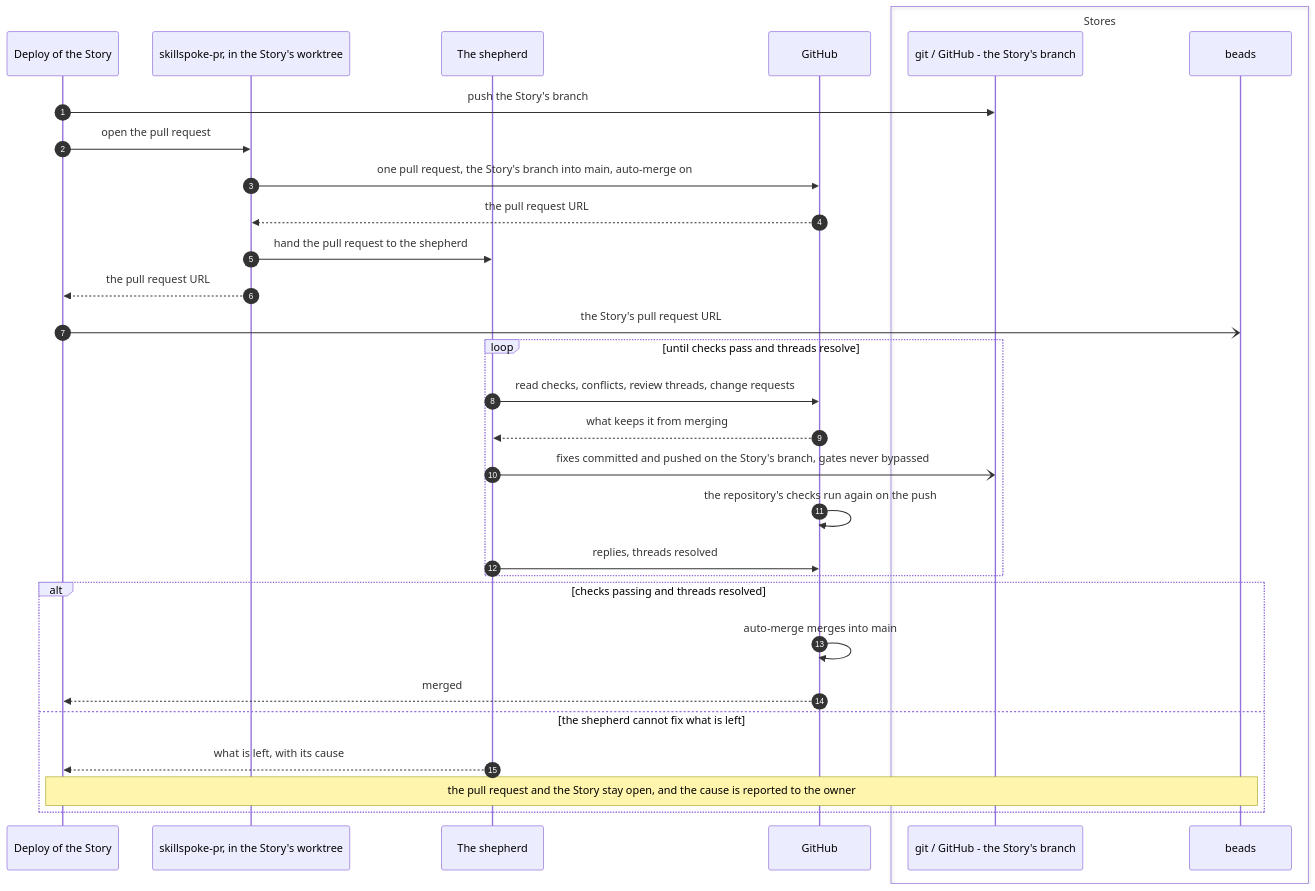
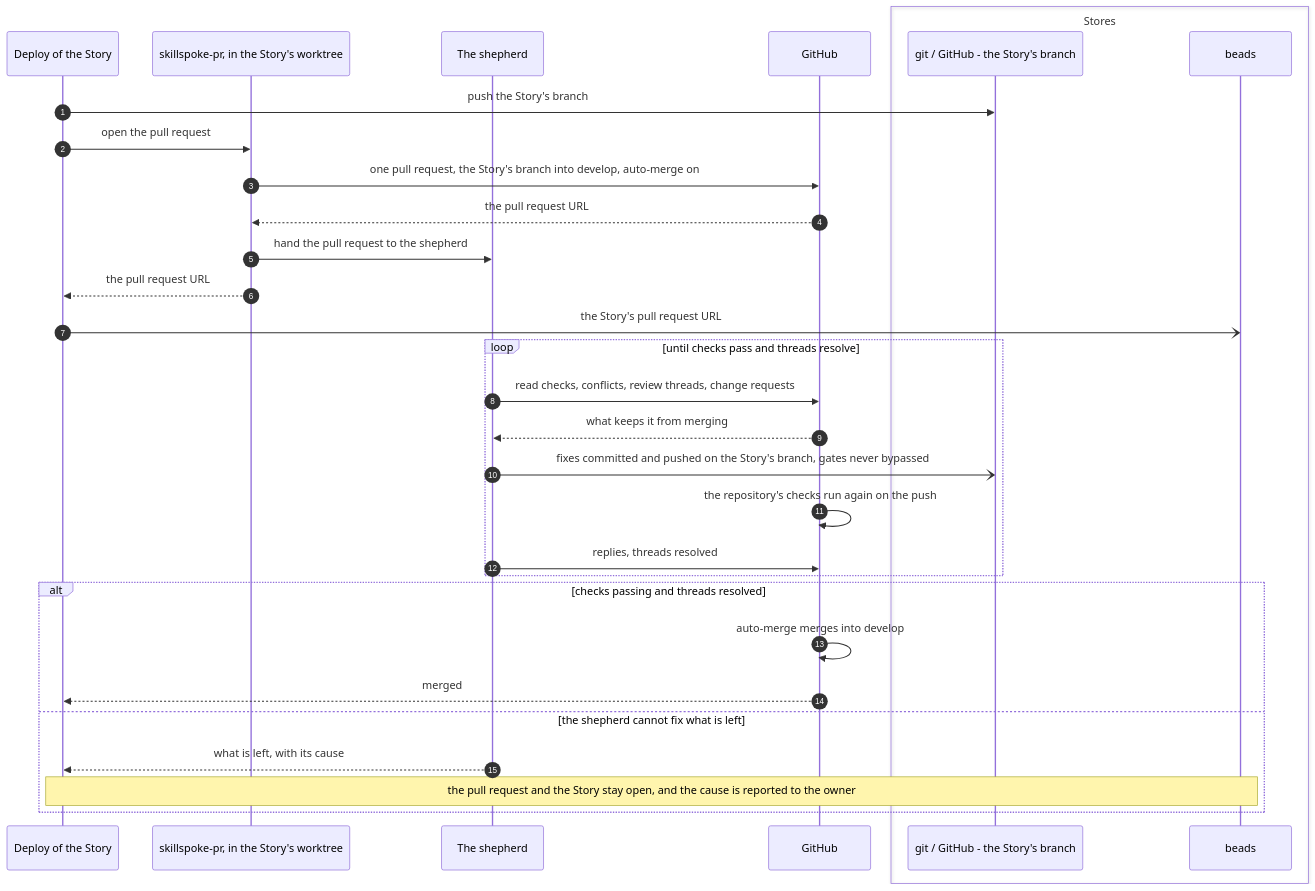
The sixth of 9 diagrams in plugins/agent-teams-workforce/blueprint/design/pipelines-deploy.md (mark-satterfield/toolset), drawn with Mermaid before and after one commit. The commit also changed other lines of this file and 18 other files, not shown here.

````diff
--- a/plugins/agent-teams-workforce/blueprint/design/pipelines-deploy.md
+++ b/plugins/agent-teams-workforce/blueprint/design/pipelines-deploy.md
@@ -434,34 +388,34 @@
 ```mermaid
 sequenceDiagram
     autonumber
     participant DW as Deploy of the Story
     participant PRC as skillspoke-pr, in the Story's worktree
     participant SH as The shepherd
     participant GH as GitHub
     box Stores
         participant G as git / GitHub - the Story's branch
         participant BD as beads
     end
 
     DW->>G: push the Story's branch
     DW->>PRC: open the pull request
-    PRC->>GH: one pull request, the Story's branch into main, auto-merge on
+    PRC->>GH: one pull request, the Story's branch into develop, auto-merge on
     GH-->>PRC: the pull request URL
     PRC->>SH: hand the pull request to the shepherd
     PRC-->>DW: the pull request URL
     DW-)BD: the Story's pull request URL
     loop until checks pass and threads resolve
         SH->>GH: read checks, conflicts, review threads, change requests
         GH-->>SH: what keeps it from merging
         SH-)G: fixes committed and pushed on the Story's branch, gates never bypassed
         GH->>GH: the repository's checks run again on the push
         SH->>GH: replies, threads resolved
     end
     alt checks passing and threads resolved
-        GH->>GH: auto-merge merges into main
+        GH->>GH: auto-merge merges into develop
         GH-->>DW: merged
     else the shepherd cannot fix what is left
         SH-->>DW: what is left, with its cause
         Note over DW,BD: the pull request and the Story stay open, and the cause is reported to the owner
     end
 ```
````
